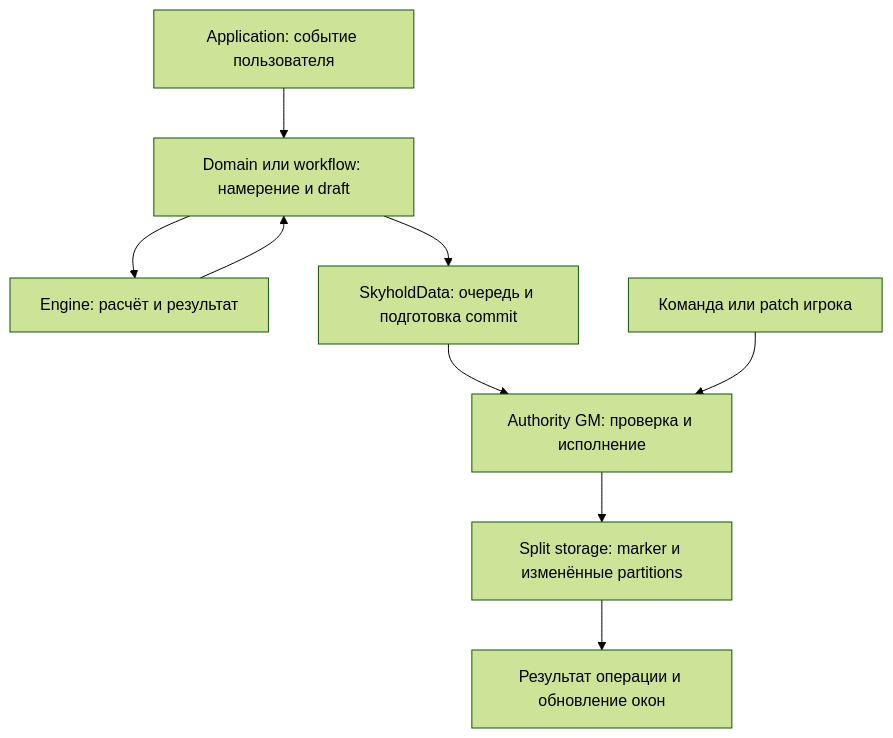
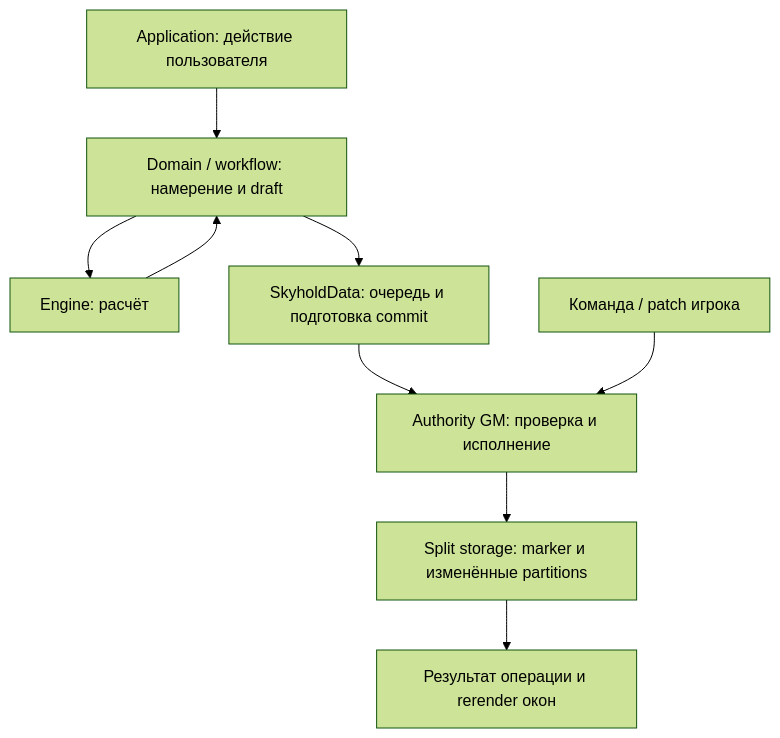
One commit to Mishokkka/Skyhold changed the diagram in scripts/README.md. Above: the diagram before and after it, drawn with Mermaid (forest theme). The commit also changed other lines of this file and 73 other files, not shown here.

````diff
--- a/scripts/README.md
+++ b/scripts/README.md
@@ -29,11 +29,11 @@
 ```mermaid
 flowchart TD
-    UI[Application: событие пользователя] --> D[Domain или workflow: намерение и draft]
-    D --> E[Engine: расчёт и результат]
+    UI[Application: действие пользователя] --> D[Domain / workflow: намерение и draft]
+    D --> E[Engine: расчёт]
     E --> D
     D --> S[SkyholdData: очередь и подготовка commit]
     S --> A[Authority GM: проверка и исполнение]
-    P[Команда или patch игрока] --> A
+    P[Команда / patch игрока] --> A
     A --> C[Split storage: marker и изменённые partitions]
-    C --> R[Результат операции и обновление окон]
+    C --> R[Результат операции и rerender окон]
 ```
````
